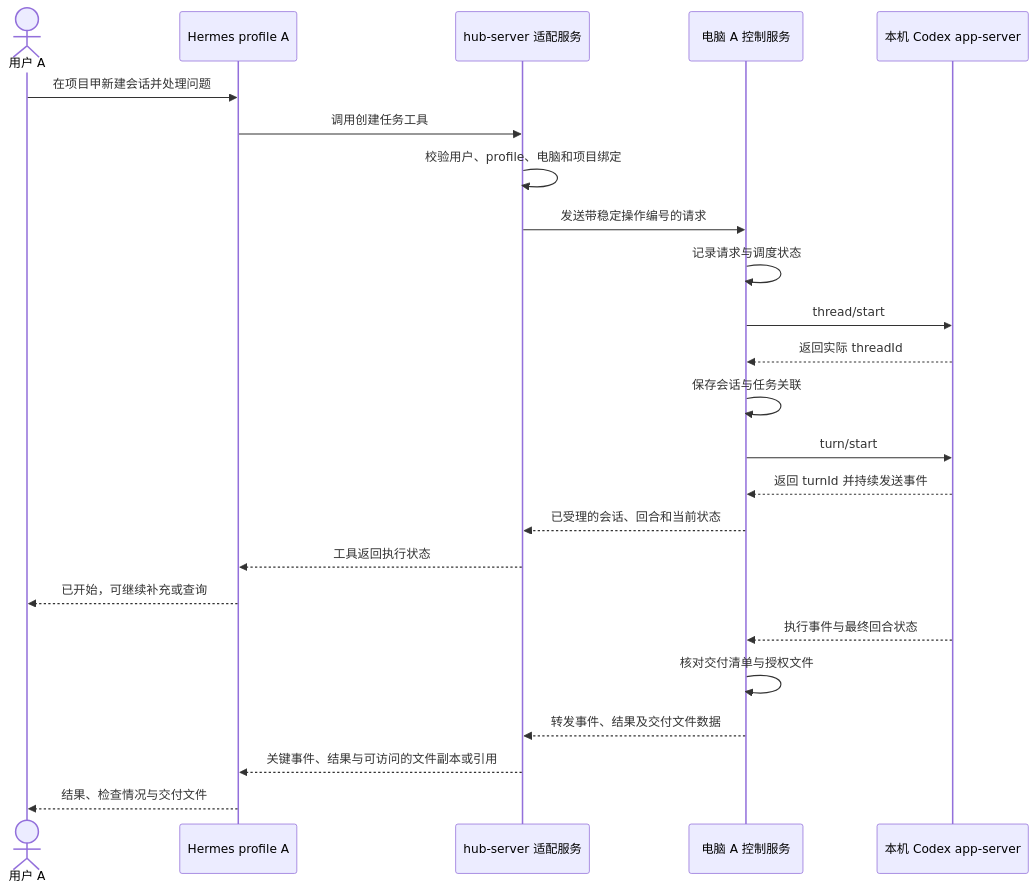
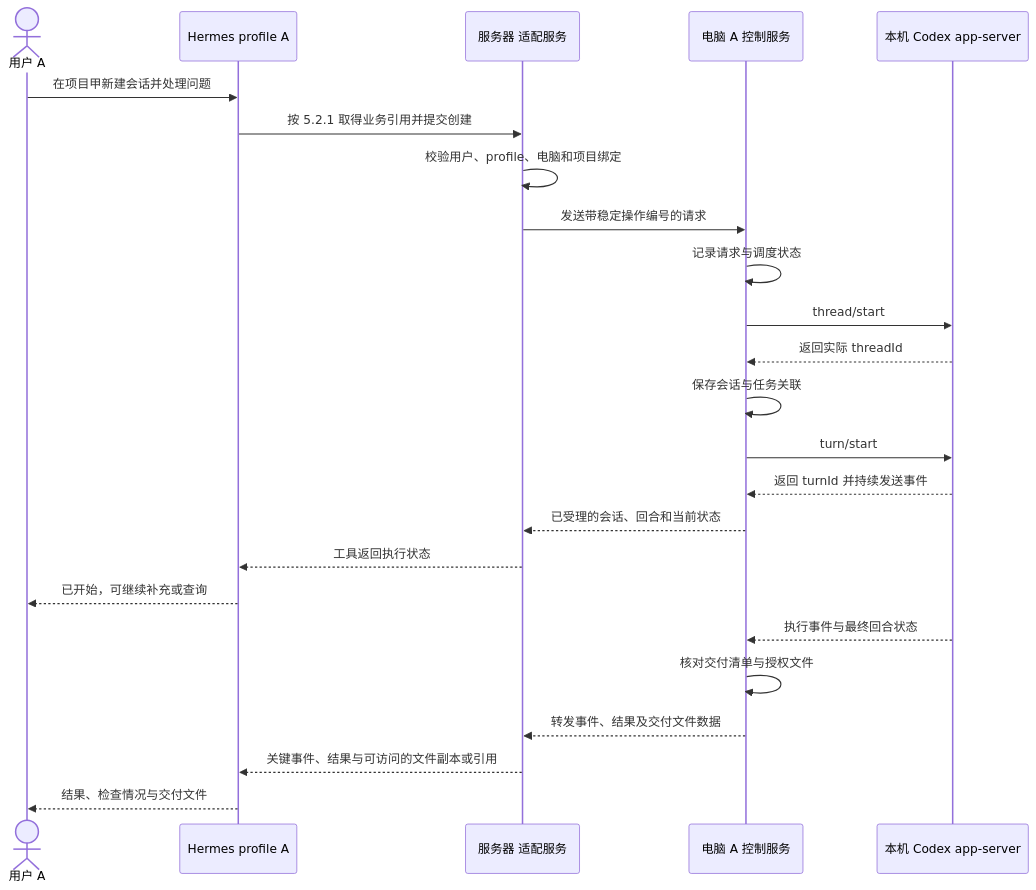
Before and after one commit to LiuSphere/dots-lite: the second of 4 diagrams in docs/详细实现方案.md, drawn with Mermaid. The commit also changed other lines of this file and 142 other files, not shown here.

````diff
--- a/docs/详细实现方案.md
+++ b/docs/详细实现方案.md
@@ -156,26 +194,26 @@
 ```mermaid
 sequenceDiagram
     actor U as 用户 A
     participant H as Hermes profile A
-    participant G as hub-server 适配服务
+    participant G as 服务器 适配服务
     participant B as 电脑 A 控制服务
     participant C as 本机 Codex app-server
     U->>H: 在项目甲新建会话并处理问题
-    H->>G: 调用创建任务工具
+    H->>G: 按 5.2.1 取得业务引用并提交创建
     G->>G: 校验用户、profile、电脑和项目绑定
     G->>B: 发送带稳定操作编号的请求
     B->>B: 记录请求与调度状态
     B->>C: thread/start
     C-->>B: 返回实际 threadId
     B->>B: 保存会话与任务关联
     B->>C: turn/start
     C-->>B: 返回 turnId 并持续发送事件
     B-->>G: 已受理的会话、回合和当前状态
     G-->>H: 工具返回执行状态
     H-->>U: 已开始，可继续补充或查询
     C-->>B: 执行事件与最终回合状态
     B->>B: 核对交付清单与授权文件
     B-->>G: 转发事件、结果及交付文件数据
     G-->>H: 关键事件、结果与可访问的文件副本或引用
     H-->>U: 结果、检查情况与交付文件
 ```
````
